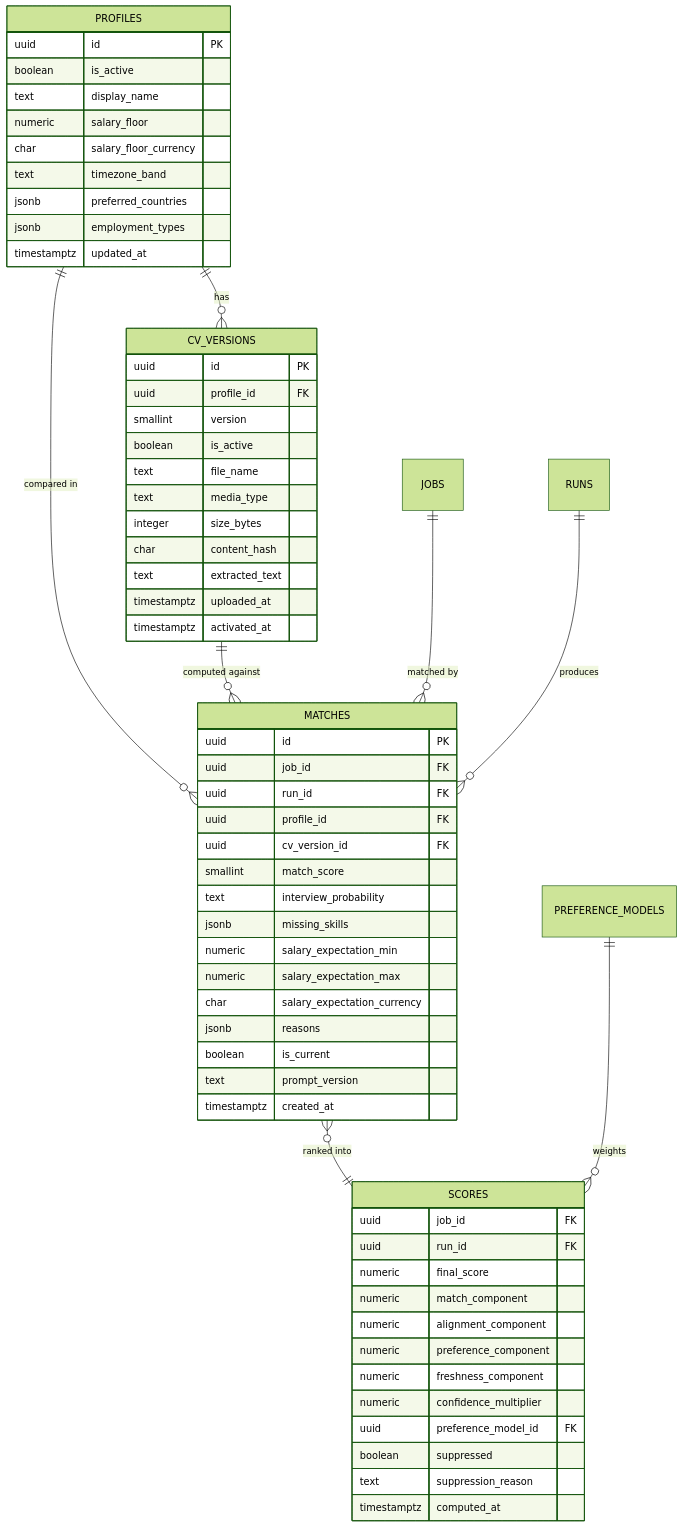
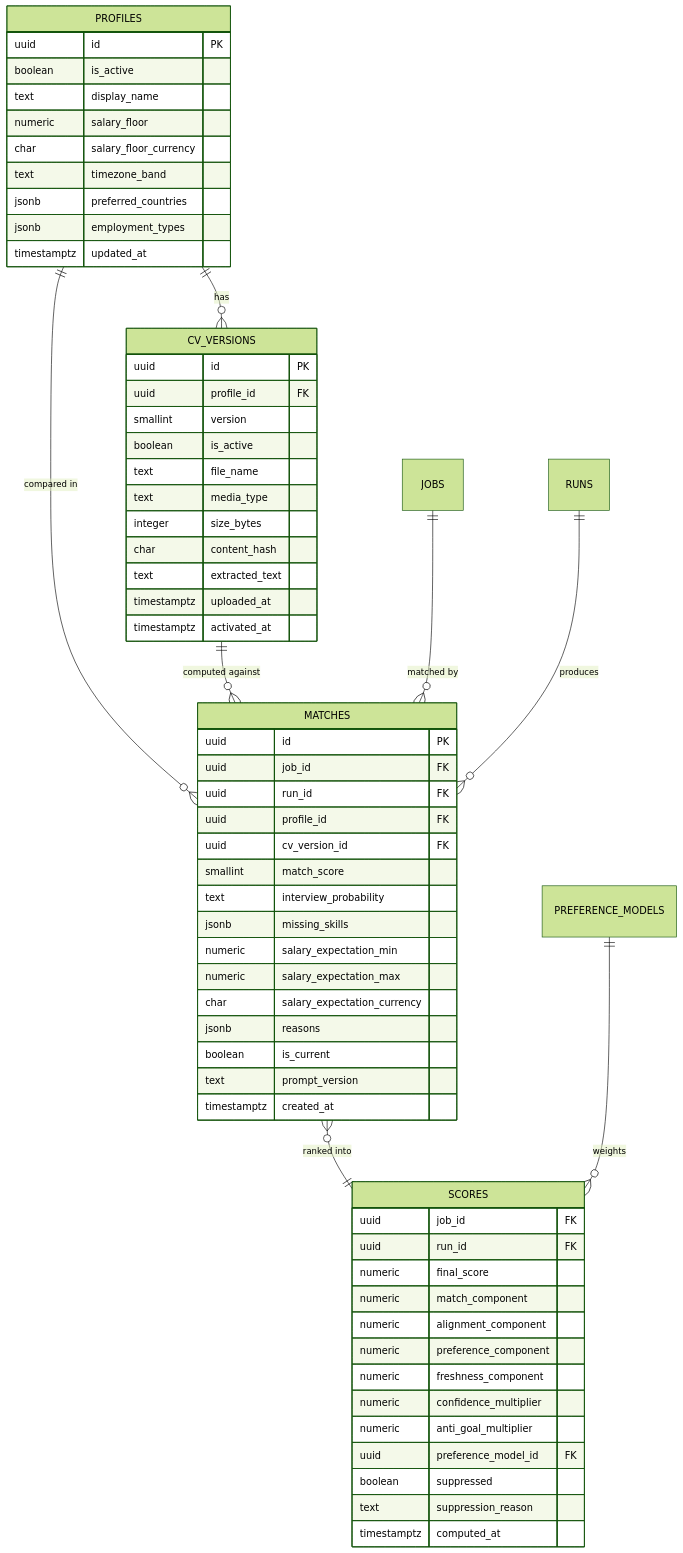
Before and after one commit to HeliosPersonal/jobhunter: the diagram in docs/features/f4-cv-matching-ranking/data-model.md, drawn with Mermaid (forest theme). The commit also changed other lines of this file and 24 other files, not shown here.

First line of the commit message:
feat(f4): down-weight anti-goal roles in the score (T15)

````diff
--- a/docs/features/f4-cv-matching-ranking/data-model.md
+++ b/docs/features/f4-cv-matching-ranking/data-model.md
@@ -20,65 +20,66 @@
 ```mermaid
 erDiagram
   PROFILES ||--o{ CV_VERSIONS : has
   PROFILES ||--o{ MATCHES : "compared in"
   CV_VERSIONS ||--o{ MATCHES : "computed against"
   JOBS ||--o{ MATCHES : "matched by"
   RUNS ||--o{ MATCHES : produces
   MATCHES }o--|| SCORES : "ranked into"
   PREFERENCE_MODELS ||--o{ SCORES : weights
   PROFILES {
     uuid id PK
     boolean is_active
     text display_name
     numeric salary_floor
     char salary_floor_currency
     text timezone_band
     jsonb preferred_countries
     jsonb employment_types
     timestamptz updated_at
   }
   CV_VERSIONS {
     uuid id PK
     uuid profile_id FK
     smallint version
     boolean is_active
     text file_name
     text media_type
     integer size_bytes
     char content_hash
     text extracted_text
     timestamptz uploaded_at
     timestamptz activated_at
   }
   MATCHES {
     uuid id PK
     uuid job_id FK
     uuid run_id FK
     uuid profile_id FK
     uuid cv_version_id FK
     smallint match_score
     text interview_probability
     jsonb missing_skills
     numeric salary_expectation_min
     numeric salary_expectation_max
     char salary_expectation_currency
     jsonb reasons
     boolean is_current
     text prompt_version
     timestamptz created_at
   }
   SCORES {
     uuid job_id FK
     uuid run_id FK
     numeric final_score
     numeric match_component
     numeric alignment_component
     numeric preference_component
     numeric freshness_component
     numeric confidence_multiplier
+    numeric anti_goal_multiplier
     uuid preference_model_id FK
     boolean suppressed
     text suppression_reason
     timestamptz computed_at
   }
 ```
````
